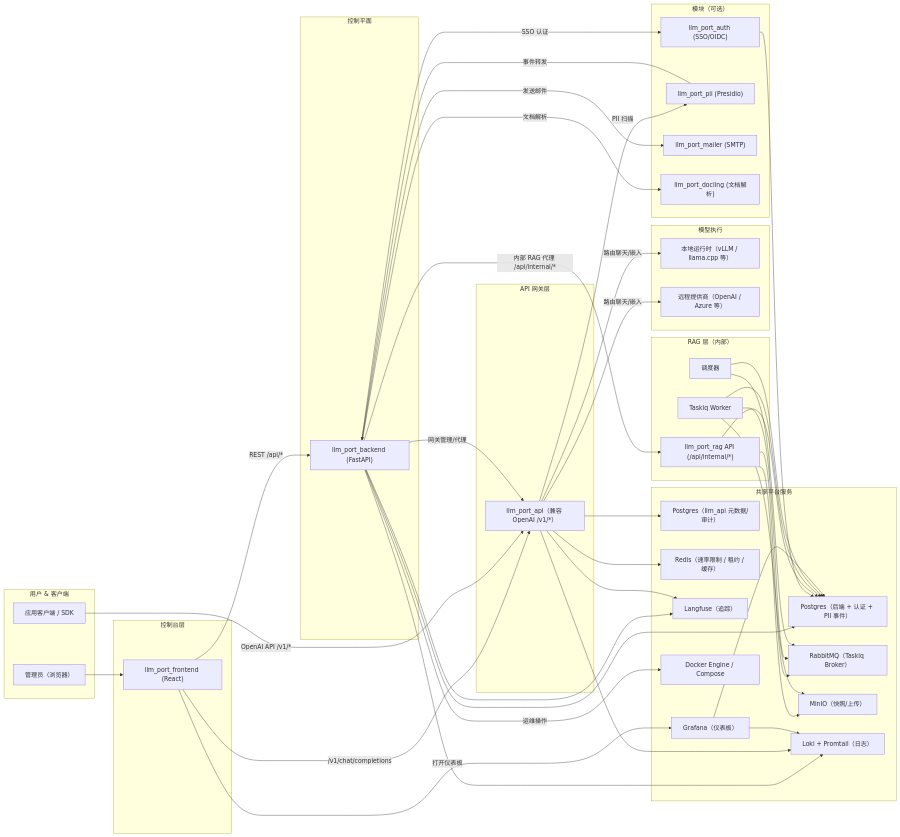
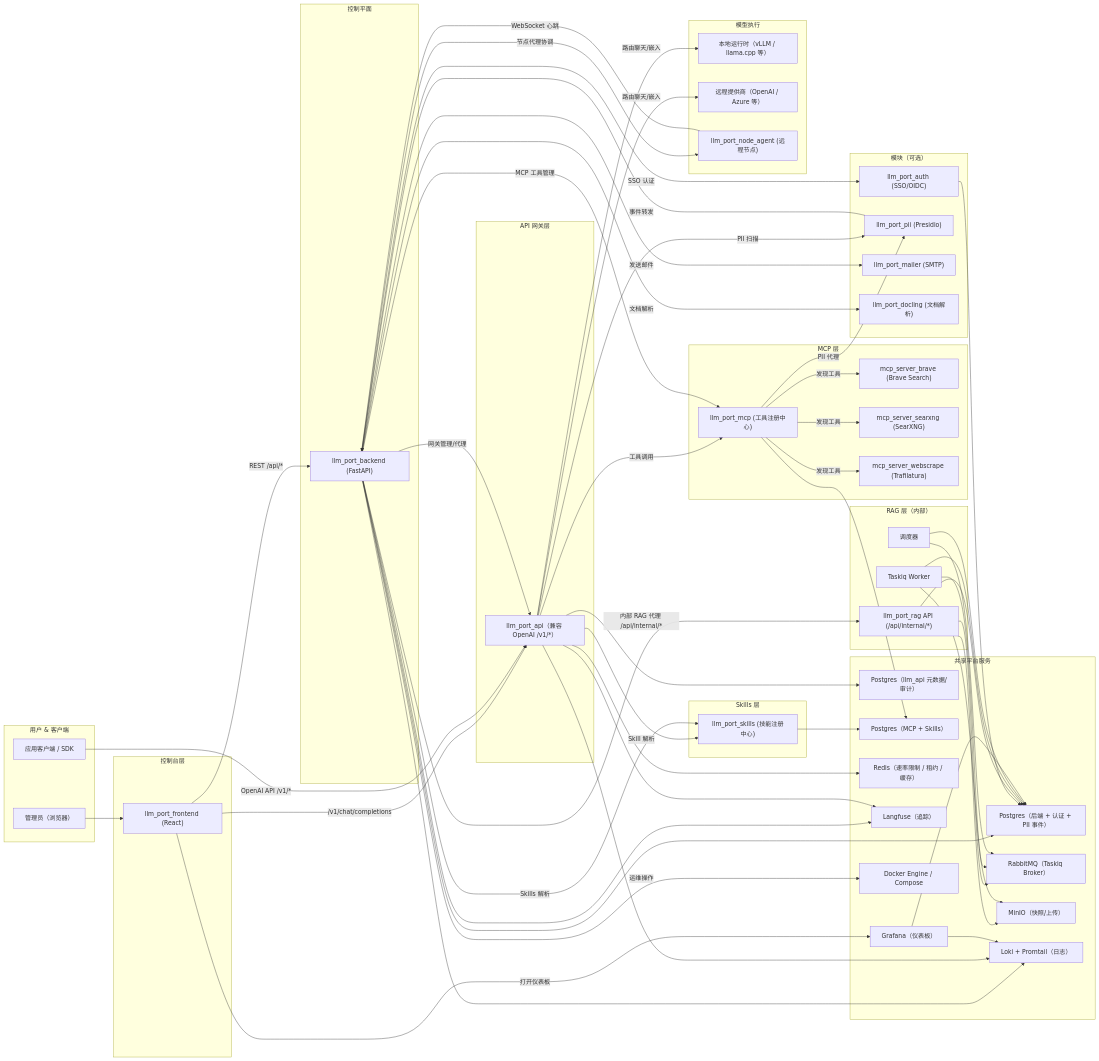
Before and after one commit to llm-port/llm-port.github.io: the diagram in i18n/zh-Hans/docusaurus-plugin-content-docs/current/architecture.md, drawn with Mermaid. The commit also changed other lines of this file and 24 other files, not shown here.

```diff
--- a/i18n/zh-Hans/docusaurus-plugin-content-docs/current/architecture.md
+++ b/i18n/zh-Hans/docusaurus-plugin-content-docs/current/architecture.md
@@ -36,6 +36,17 @@
         DOCLING["llm_port_docling (文档解析)"]
     end
 
+    subgraph MCP["MCP 层"]
+        MCPHUB["llm_port_mcp (工具注册中心)"]
+        MCPBRAVE["mcp_server_brave (Brave Search)"]
+        MCPSEARX["mcp_server_searxng (SearXNG)"]
+        MCPWEB["mcp_server_webscrape (Trafilatura)"]
+    end
+
+    subgraph Skills["Skills 层"]
+        SKILLSVC["llm_port_skills (技能注册中心)"]
+    end
+
     subgraph RAG["RAG 层（内部）"]
         RAGAPI["llm_port_rag API (/api/internal/*)"]
         RAGW["Taskiq Worker"]
@@ -45,11 +56,13 @@
     subgraph Runtime["模型执行"]
         LOCAL["本地运行时（vLLM / llama.cpp 等）"]
         REMOTE["远程提供商（OpenAI / Azure 等）"]
+        NODEAGENT["llm_port_node_agent (远程节点)"]
     end
 
     subgraph Shared["共享平台服务"]
         PGMAIN["Postgres（后端 + 认证 + PII 事件）"]
         PGAPI["Postgres（llm_api 元数据/审计）"]
+        PGMCP["Postgres（MCP + Skills）"]
         REDIS["Redis（速率限制 / 租约 / 缓存）"]
         RMQ["RabbitMQ（Taskiq Broker）"]
         MINIO["MinIO（快照/上传）"]
@@ -72,6 +85,8 @@
     BE --> LOKI
 
     API -->|PII 扫描| PII
+    API -->|工具调用| MCPHUB
+    API -->|Skill 解析| SKILLSVC
     API -->|路由聊天/嵌入| LOCAL
     API -->|路由聊天/嵌入| REMOTE
     API --> PGAPI
@@ -79,12 +94,25 @@
     API --> LANGFUSE
     API --> LOKI
 
+    MCPHUB -->|发现工具| MCPBRAVE
+    MCPHUB -->|发现工具| MCPSEARX
+    MCPHUB -->|发现工具| MCPWEB
+    MCPHUB -->|PII 代理| PII
+    MCPHUB --> PGMCP
+
+    SKILLSVC --> PGMCP
+
+    NODEAGENT -->|WebSocket 心跳| BE
+
     PII -->|事件转发| BE
 
     AUTH --> PGMAIN
     BE -->|SSO 认证| AUTH
     BE -->|发送邮件| MAILER
     BE -->|文档解析| DOCLING
+    BE -->|MCP 工具管理| MCPHUB
+    BE -->|Skills 解析| SKILLSVC
+    BE -->|节点代理协调| NODEAGENT
 
     RAGAPI --> PGMAIN
     RAGAPI --> MINIO
```
